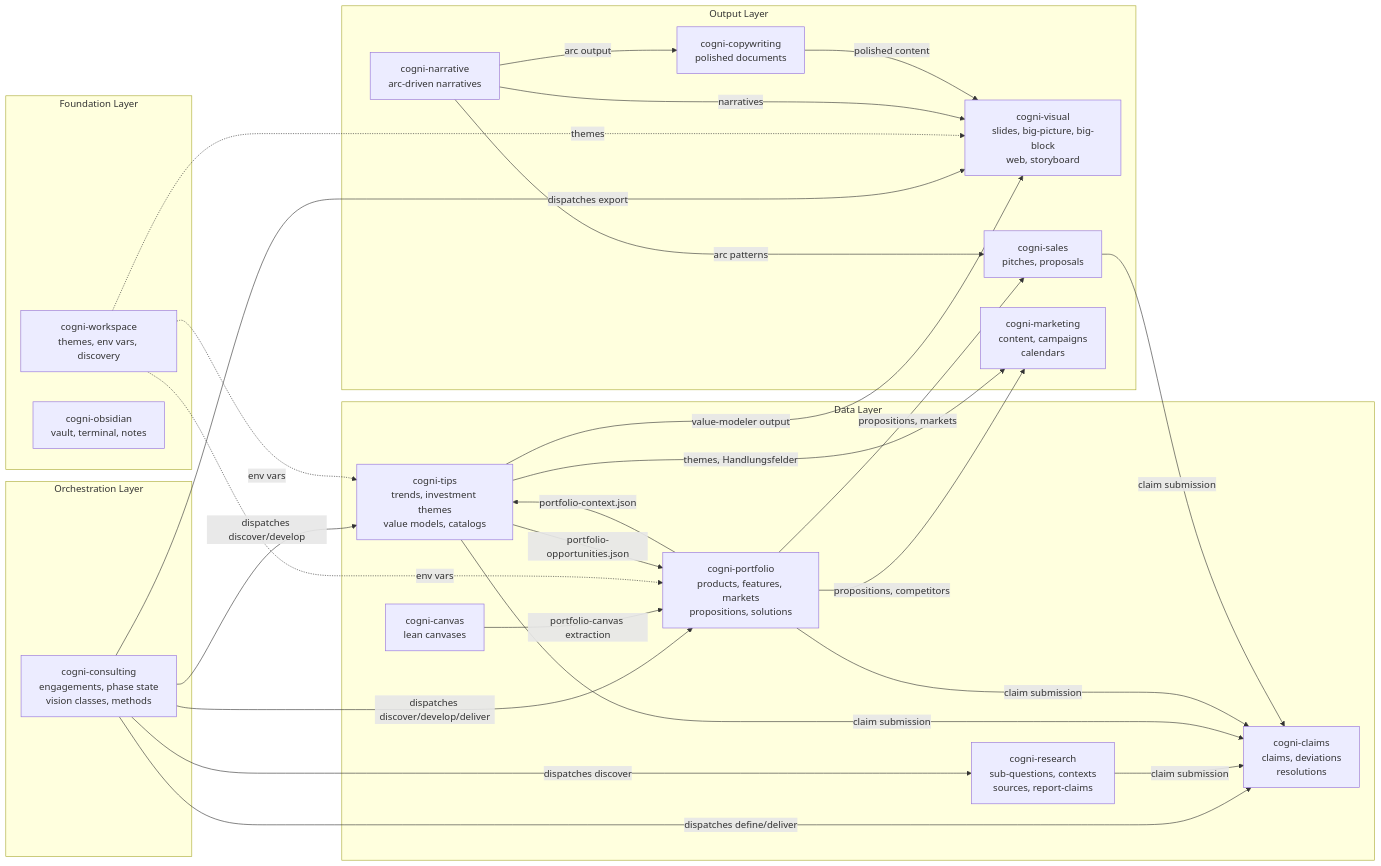
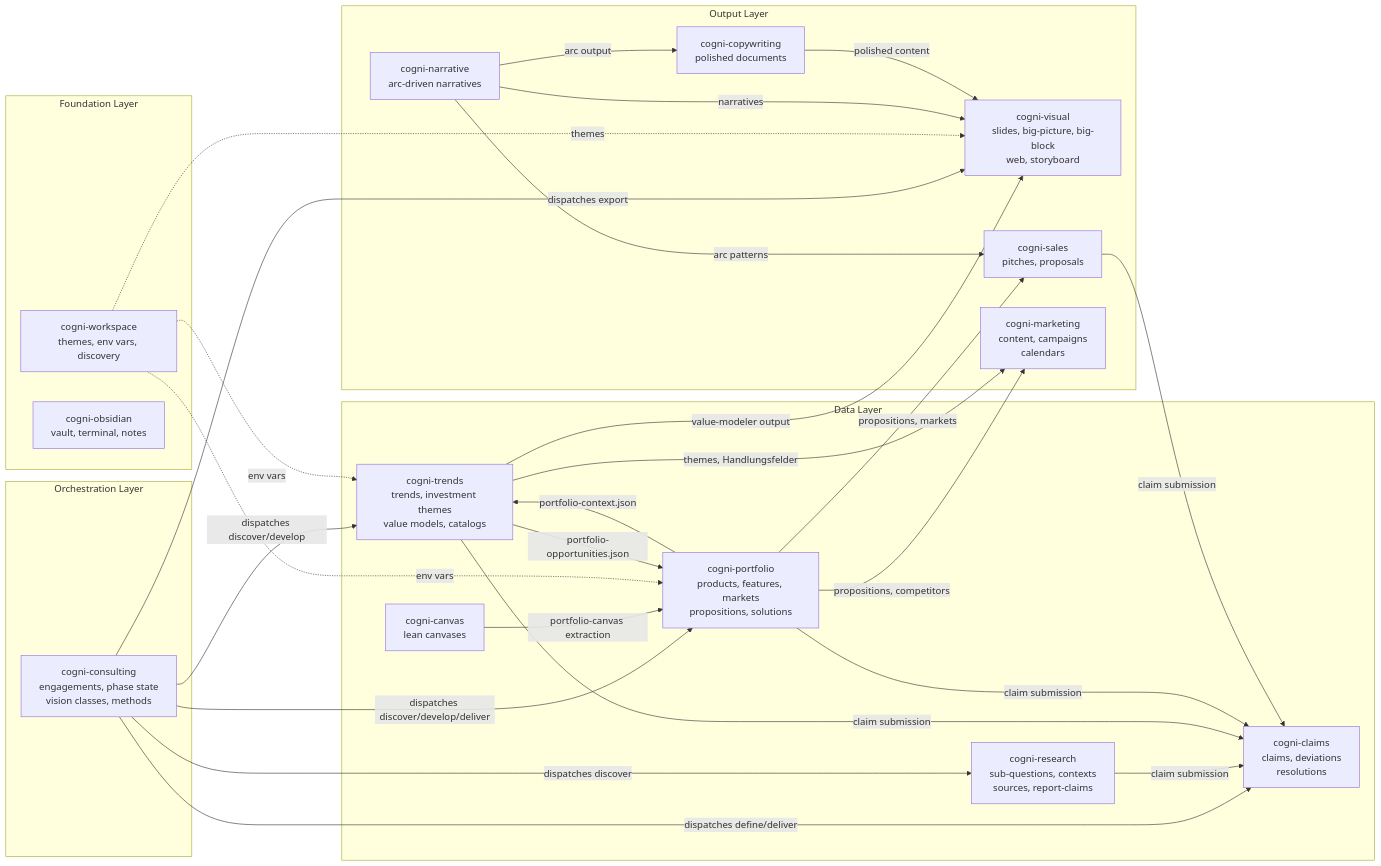
The diagram in docs/er-diagram.md (cogni-work/cogni-works), drawn with Mermaid before and after one commit. The commit also changed other lines of this file and 270 other files, not shown here.

First line of the commit message:
refactor: rename cogni-tips to cogni-trends for clarity

````diff
--- a/docs/er-diagram.md
+++ b/docs/er-diagram.md
@@ -7,68 +7,68 @@
 ```mermaid
 graph LR
     subgraph Orchestration["Orchestration Layer"]
         DM[cogni-consulting<br/>engagements, phase state<br/>vision classes, methods]
     end
 
     subgraph Foundation["Foundation Layer"]
         WS[cogni-workspace<br/>themes, env vars, discovery]
         OB[cogni-obsidian<br/>vault, terminal, notes]
     end
 
     subgraph Data["Data Layer"]
         CV[cogni-canvas<br/>lean canvases]
         PF[cogni-portfolio<br/>products, features, markets<br/>propositions, solutions]
-        TI[cogni-tips<br/>trends, investment themes<br/>value models, catalogs]
+        TI[cogni-trends<br/>trends, investment themes<br/>value models, catalogs]
         GR[cogni-research<br/>sub-questions, contexts<br/>sources, report-claims]
         CL[cogni-claims<br/>claims, deviations<br/>resolutions]
     end
 
     subgraph Output["Output Layer"]
         NA[cogni-narrative<br/>arc-driven narratives]
         CW[cogni-copywriting<br/>polished documents]
         VI[cogni-visual<br/>slides, big-picture, big-block<br/>web, storyboard]
         SA[cogni-sales<br/>pitches, proposals]
         MK[cogni-marketing<br/>content, campaigns<br/>calendars]
     end
 
     %% Orchestration → Data + Output (diamond dispatches)
     DM -->|dispatches discover| GR
     DM -->|dispatches discover/develop| TI
     DM -->|dispatches discover/develop/deliver| PF
     DM -->|dispatches define/deliver| CL
     DM -->|dispatches export| VI
 
     %% Canvas → Portfolio
     CV -->|portfolio-canvas extraction| PF
 
     %% Foundation → All
     WS -.->|themes| VI
     WS -.->|env vars| PF
     WS -.->|env vars| TI
 
     %% Portfolio ↔ TIPS (bidirectional)
     PF -->|portfolio-context.json| TI
     TI -->|portfolio-opportunities.json| PF
 
     %% Data → Claims (verification)
     GR -->|claim submission| CL
     TI -->|claim submission| CL
     PF -->|claim submission| CL
     SA -->|claim submission| CL
 
     %% Portfolio → Output
     PF -->|propositions, markets| SA
     PF -->|propositions, competitors| MK
 
     %% TIPS → Output
     TI -->|themes, Handlungsfelder| MK
     TI -->|value-modeler output| VI
 
     %% Narrative pipeline
     NA -->|arc output| CW
     NA -->|arc patterns| SA
     NA -->|narratives| VI
     CW -->|polished content| VI
 
     %% Teacher (standalone, not shown — teaches all plugins)
 ```
````
